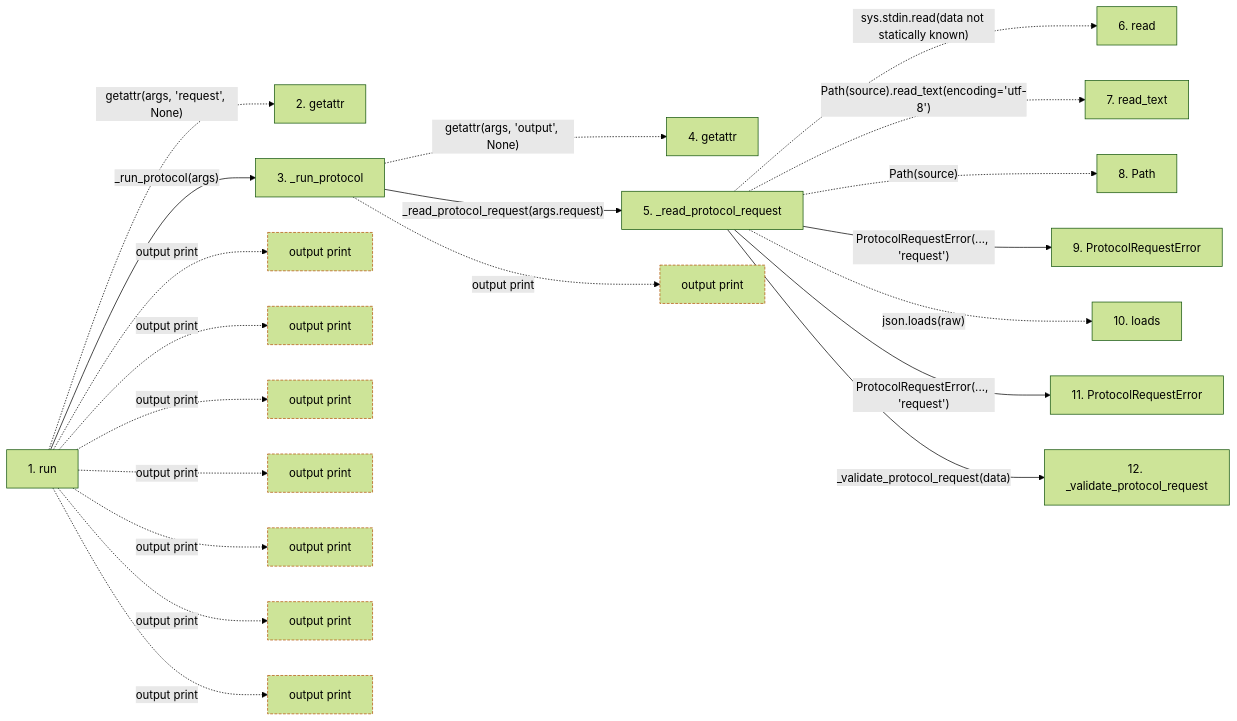
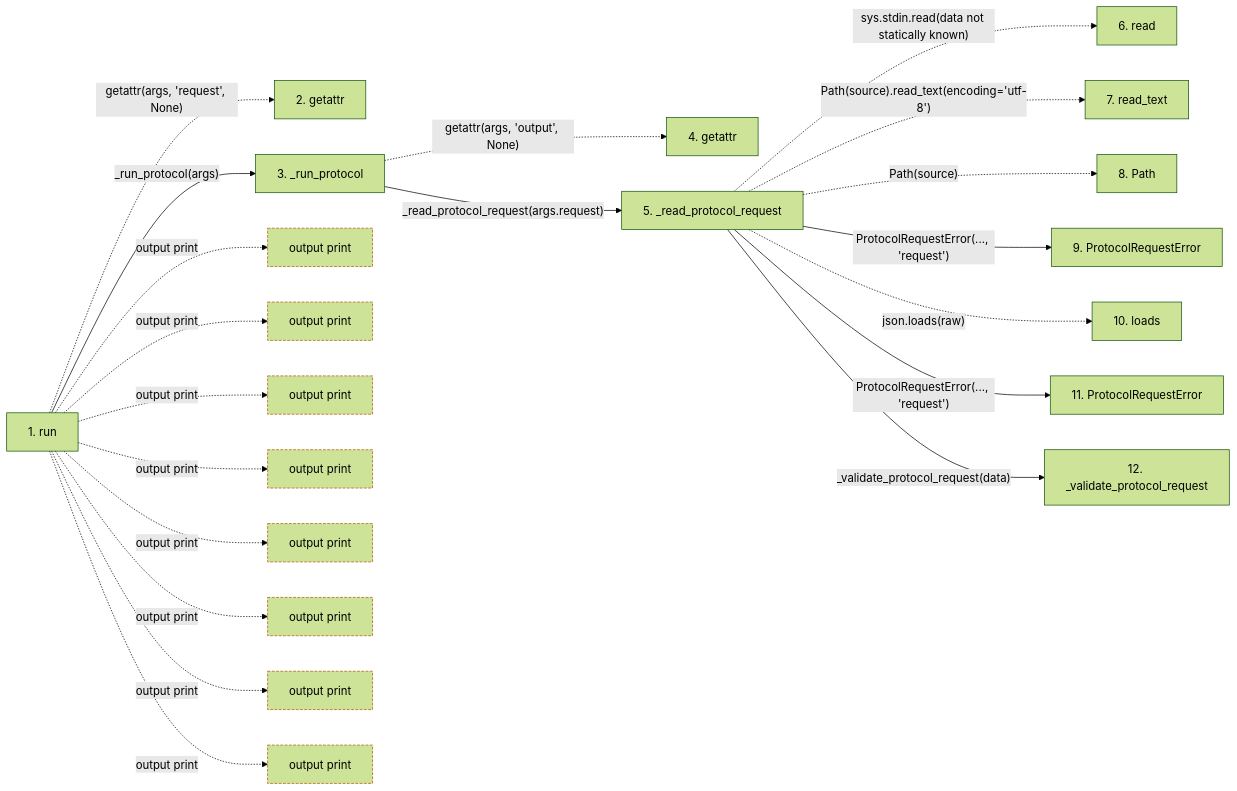
One commit to Denissvgn/python-wiki-llm changed the second of 2 diagrams in docs/llm_wiki/flows/cli-context.md. Above: the diagram before and after it, drawn with Mermaid (forest theme). The commit also changed other lines of this file and 364 other files, not shown here.

````diff
--- a/docs/llm_wiki/flows/cli-context.md
+++ b/docs/llm_wiki/flows/cli-context.md
@@ -101,57 +96,57 @@
 ```mermaid
 flowchart LR
     s1["1. run"]
     s2["2. getattr"]
     s3["3. _run_protocol"]
     s4["4. getattr"]
     s5["5. _read_protocol_request"]
     s6["6. read"]
     s7["7. read_text"]
     s8["8. Path"]
     s9["9. ProtocolRequestError"]
     s10["10. loads"]
     s11["11. ProtocolRequestError"]
     s12["12. _validate_protocol_request"]
     s1 -. "getattr(args, 'request', None)" .-> s2
     s1 -->|"_run_protocol(args)"| s3
     s3 -. "getattr(args, 'output', None)" .-> s4
     s3 -->|"_read_protocol_request(args.request)"| s5
     s5 -. "sys.stdin.read(data not statically known)" .-> s6
     s5 -. "Path(source).read_text(encoding='utf-8')" .-> s7
     s5 -. "Path(source)" .-> s8
     s5 -->|"ProtocolRequestError(..., 'request')"| s9
     s5 -. "json.loads(raw)" .-> s10
     s5 -->|"ProtocolRequestError(..., 'request')"| s11
     s5 -->|"_validate_protocol_request(data)"| s12
     b0["output print"]
     s1 -. "output print" .-> b0
     b1["output print"]
     s1 -. "output print" .-> b1
     b2["output print"]
     s1 -. "output print" .-> b2
     b3["output print"]
     s1 -. "output print" .-> b3
     b4["output print"]
     s1 -. "output print" .-> b4
     b5["output print"]
     s1 -. "output print" .-> b5
     b6["output print"]
     s1 -. "output print" .-> b6
     b7["output print"]
-    s3 -. "output print" .-> b7
+    s1 -. "output print" .-> b7
     click s1 "../modules/context_service.md"
     click s3 "../modules/context_service.md"
     click s5 "../modules/context_service.md"
     click s9 "../modules/context_service.md"
     click s11 "../modules/context_service.md"
     click s12 "../modules/context_service.md"
     classDef boundary stroke:#b45309,stroke-dasharray: 4 2
     class b0 boundary
     class b1 boundary
     class b2 boundary
     class b3 boundary
     class b4 boundary
     class b5 boundary
     class b6 boundary
     class b7 boundary
 ```
````
